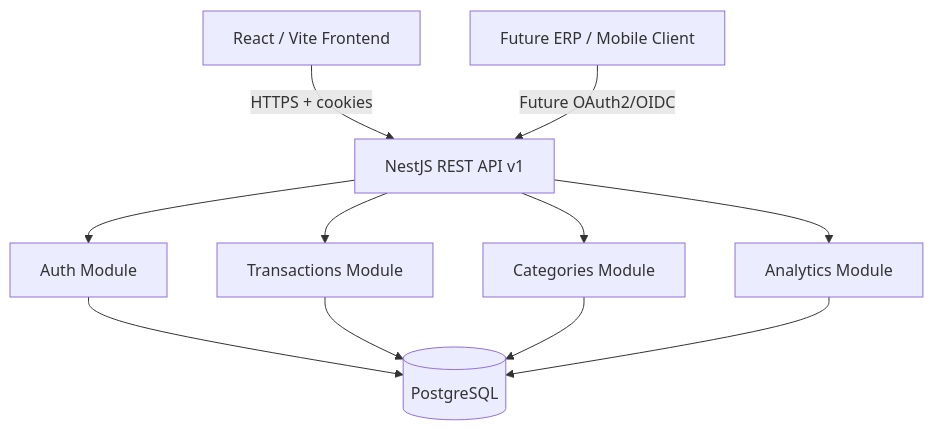
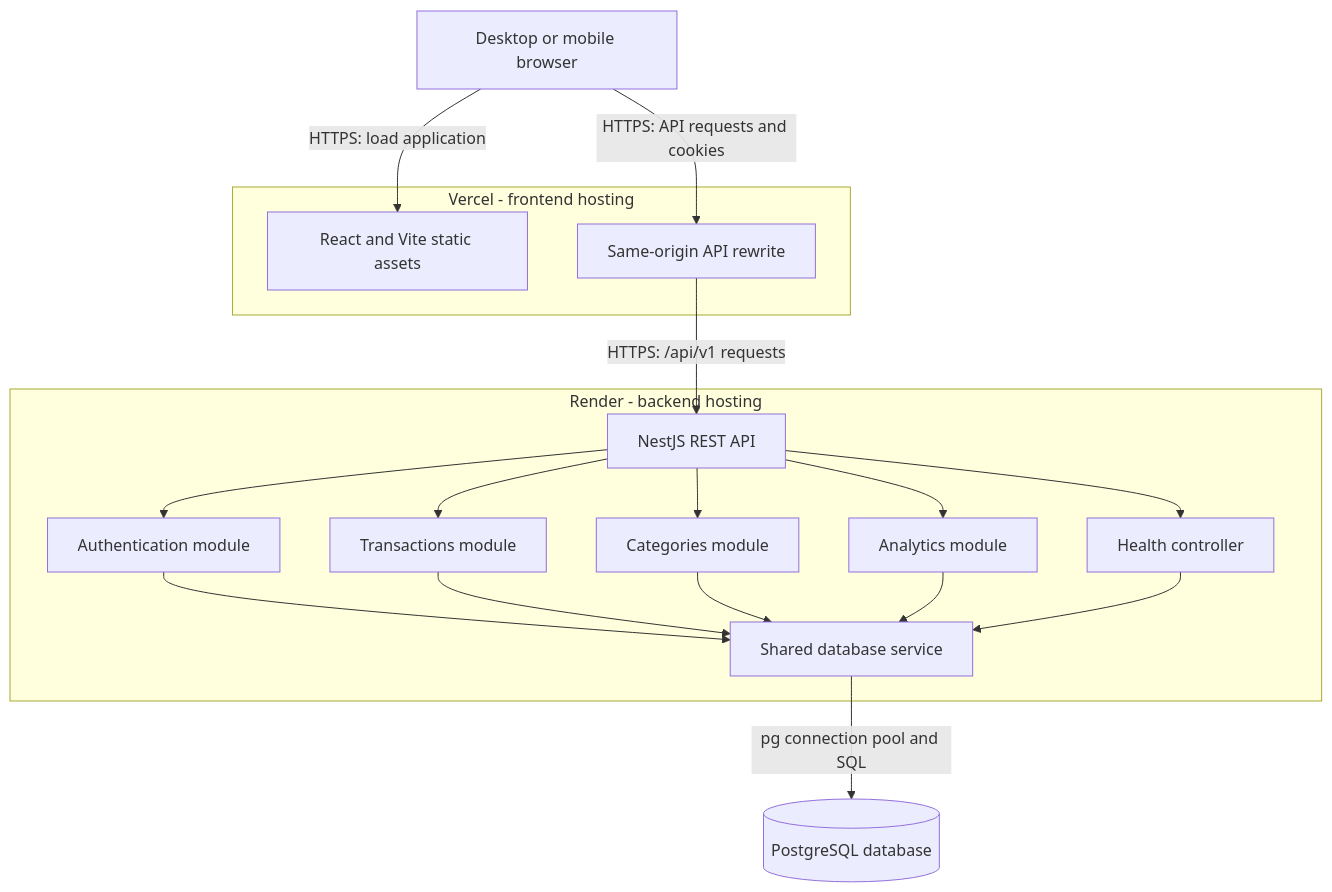
The first of 3 diagrams in docs/ARCHITECTURE_AND_ERD.md (CapTainTeChieF/ExpenseTracker), drawn with Mermaid before and after one commit. The commit also changed other lines of this file, not shown here.

Commit message:
docs: modernize system architecture and database ERD

````diff
--- a/docs/ARCHITECTURE_AND_ERD.md
+++ b/docs/ARCHITECTURE_AND_ERD.md
@@ -5,13 +16,32 @@
 ```mermaid
 flowchart TB
-    A[React / Vite Frontend] -->|HTTPS + cookies| B[NestJS REST API v1]
-    C[Future ERP / Mobile Client] -->|Future OAuth2/OIDC| B
-    B --> D[Auth Module]
-    B --> E[Transactions Module]
-    B --> F[Categories Module]
-    B --> G[Analytics Module]
-    D --> H[(PostgreSQL)]
-    E --> H
-    F --> H
-    G --> H
+    U[Desktop or mobile browser]
+    subgraph V["Vercel - frontend hosting"]
+        F[React and Vite static assets]
+        P[Same-origin API rewrite]
+    end
+    subgraph R["Render - backend hosting"]
+        API[NestJS REST API]
+        A[Authentication module]
+        T[Transactions module]
+        C[Categories module]
+        N[Analytics module]
+        H[Health controller]
+        D[Shared database service]
+        API --> A
+        API --> T
+        API --> C
+        API --> N
+        API --> H
+        A --> D
+        T --> D
+        C --> D
+        N --> D
+        H --> D
+    end
+    DB[(PostgreSQL database)]
+    U -->|HTTPS: load application| F
+    U -->|HTTPS: API requests and cookies| P
+    P -->|HTTPS: /api/v1 requests| API
+    D -->|pg connection pool and SQL| DB
 ```
````
